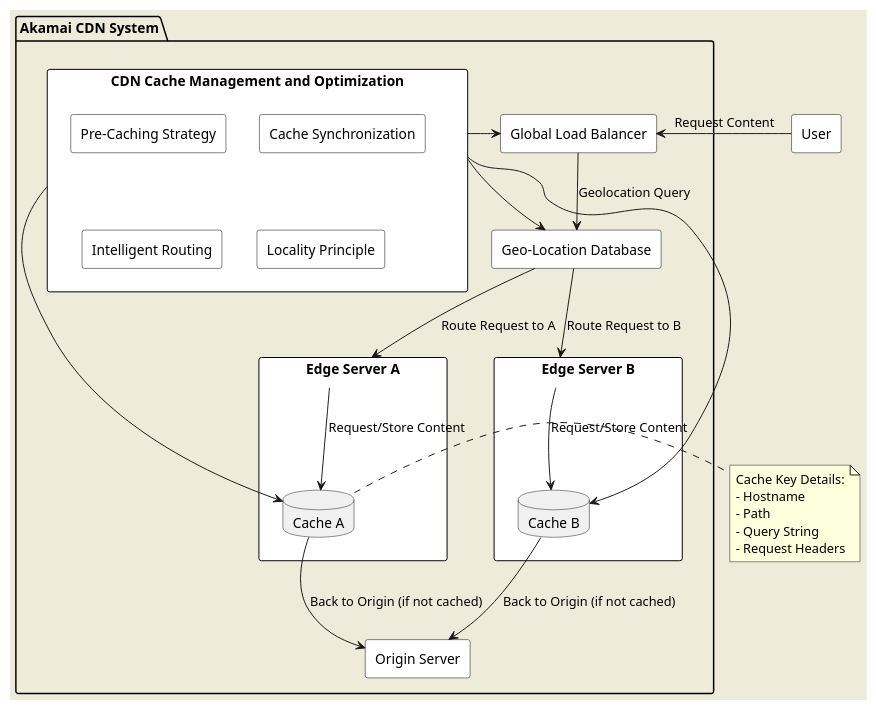
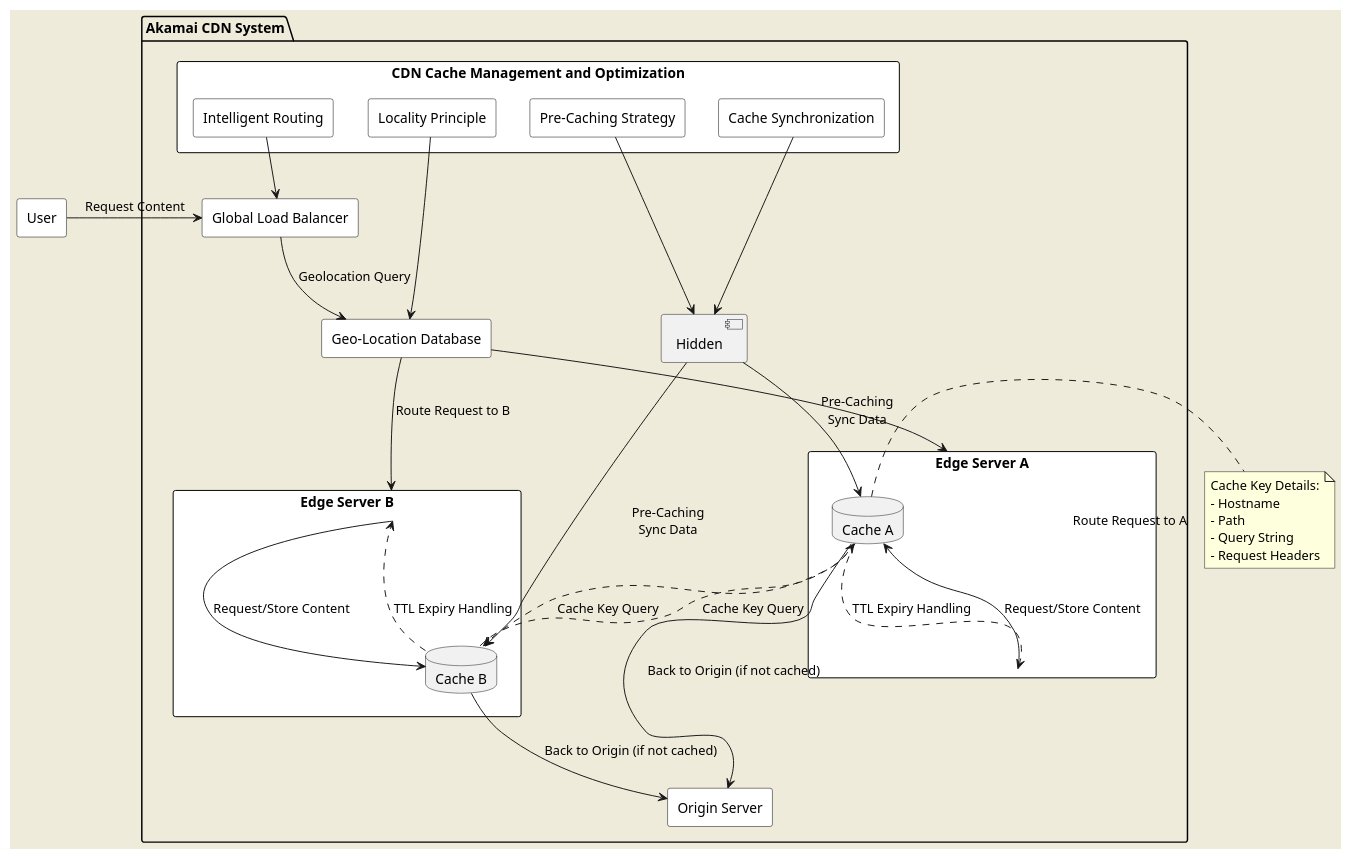
Before and after one commit to huangyingw/system_design: the diagram in architecture_diagrams/akamai_cdn_edge_caching_architecture.puml, drawn with PlantUML.

```diff
--- a/architecture_diagrams/akamai_cdn_edge_caching_architecture.puml
+++ b/architecture_diagrams/akamai_cdn_edge_caching_architecture.puml
@@ -1,58 +1,66 @@
 @startuml
 skinparam backgroundColor #EEEBDA
 skinparam rectangle {
   BackgroundColor White
   BorderColor Black
   Shadowing false
 }
 
 ' Akamai CDN System Structure
 package "Akamai CDN System" {
     rectangle "Global Load Balancer" as GLB
     rectangle "Geo-Location Database" as GeoDB
 
     rectangle "Edge Server A" as EdgeA {
         database "Cache A" as CacheA
     }
     rectangle "Edge Server B" as EdgeB {
         database "Cache B" as CacheB
     }
     rectangle "Origin Server" as Origin
 
     ' Connection between components
     GLB --> GeoDB : "Geolocation Query"
     GeoDB -down-> EdgeA : "Route Request to A"
     GeoDB -down-> EdgeB : "Route Request to B"
     EdgeA --> CacheA : "Request/Store Content"
     EdgeB --> CacheB : "Request/Store Content"
     CacheA --> Origin : "Back to Origin (if not cached)"
     CacheB --> Origin : "Back to Origin (if not cached)"
 
+    CacheA ..> CacheB : "Cache Key Query"
+    CacheB ..> CacheA : "Cache Key Query"
+    CacheA ..> EdgeA : "TTL Expiry Handling"
+    CacheB ..> EdgeB : "TTL Expiry Handling"
+
     ' Cache Management and Optimization
     rectangle "CDN Cache Management and Optimization" as CDNManagement {
         rectangle "Pre-Caching Strategy" as PreCache
         rectangle "Cache Synchronization" as Sync
         rectangle "Intelligent Routing" as Routing
         rectangle "Locality Principle" as Locality
     }
 
-    ' Connections to Cache Management
-    CDNManagement -down-> CacheA
-    CDNManagement -down-> CacheB
-    CDNManagement -right-> GLB
-    CDNManagement -right-> GeoDB
+    ' Interaction with other system components
+    PreCache -down-> [Hidden]
+    Sync -down-> [Hidden]
+    Routing -down-> GLB
+    Locality -down-> GeoDB
+
+    [Hidden] -down-> CacheA : "Pre-Caching\nSync Data"
+    [Hidden] -down-> CacheB : "Pre-Caching\nSync Data"
 }
 
 rectangle "User" as User
 User -right-> GLB : "Request Content"
 
     ' Cache Key Details
     note right of CacheA
       Cache Key Details:
       - Hostname
       - Path
       - Query String
       - Request Headers
     end note
 
 @enduml
```
